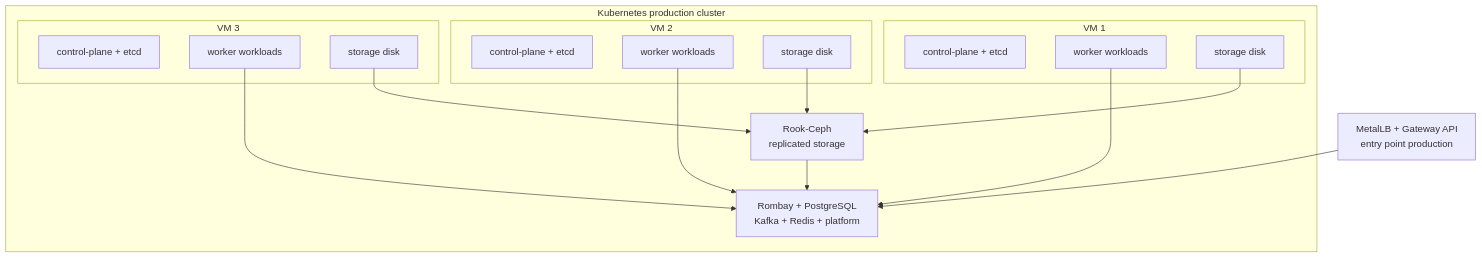
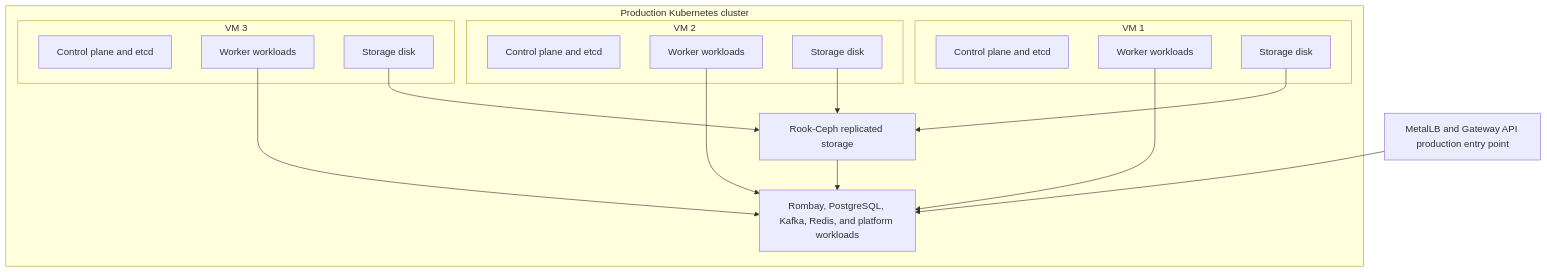
One commit to rombay-tbk/rombay changed the second of 5 diagrams in docs/pipeline-architecture.md. Above: the diagram before and after it, drawn with Mermaid. The commit also changed other lines of this file and 1 other file, not shown here.

Commit message:
docs: translate pipeline architecture to English

````diff
--- a/docs/pipeline-architecture.md
+++ b/docs/pipeline-architecture.md
@@ -67,37 +67,37 @@
 ```mermaid
-flowchart TB
-  LB["MetalLB + Gateway API<br/>entry point production"]
+graph TD
+  n1["MetalLB and Gateway API production entry point"]
 
-  subgraph CLUSTER["Kubernetes production cluster"]
-    subgraph VM1["VM 1"]
-      CP1["control-plane + etcd"]
-      W1["worker workloads"]
-      D1["storage disk"]
+  subgraph cluster["Production Kubernetes cluster"]
+    subgraph vm1["VM 1"]
+      n2["Control plane and etcd"]
+      n3["Worker workloads"]
+      n4["Storage disk"]
     end
 
-    subgraph VM2["VM 2"]
-      CP2["control-plane + etcd"]
-      W2["worker workloads"]
-      D2["storage disk"]
+    subgraph vm2["VM 2"]
+      n5["Control plane and etcd"]
+      n6["Worker workloads"]
+      n7["Storage disk"]
     end
 
-    subgraph VM3["VM 3"]
-      CP3["control-plane + etcd"]
-      W3["worker workloads"]
-      D3["storage disk"]
+    subgraph vm3["VM 3"]
+      n8["Control plane and etcd"]
+      n9["Worker workloads"]
+      n10["Storage disk"]
     end
 
-    ROOK["Rook-Ceph<br/>replicated storage"]
-    WORKLOADS["Rombay + PostgreSQL<br/>Kafka + Redis + platform"]
+    n11["Rook-Ceph replicated storage"]
+    n12["Rombay, PostgreSQL, Kafka, Redis, and platform workloads"]
 
-    D1 --> ROOK
-    D2 --> ROOK
-    D3 --> ROOK
-    ROOK --> WORKLOADS
-    W1 --> WORKLOADS
-    W2 --> WORKLOADS
-    W3 --> WORKLOADS
+    n4 --> n11
+    n7 --> n11
+    n10 --> n11
+    n11 --> n12
+    n3 --> n12
+    n6 --> n12
+    n9 --> n12
   end
 
-  LB --> WORKLOADS
+  n1 --> n12
 ```
````
